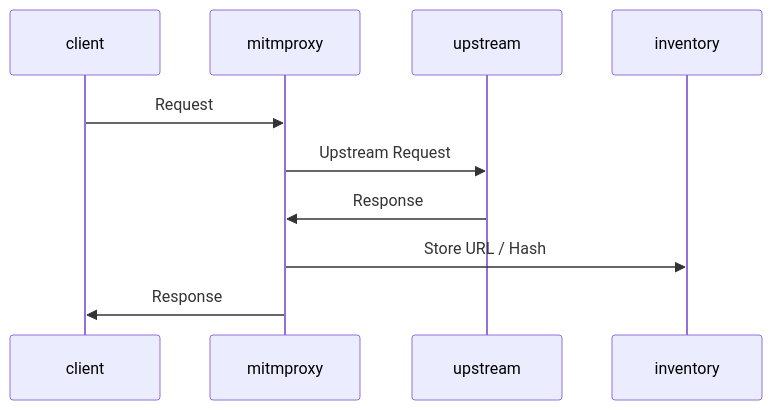
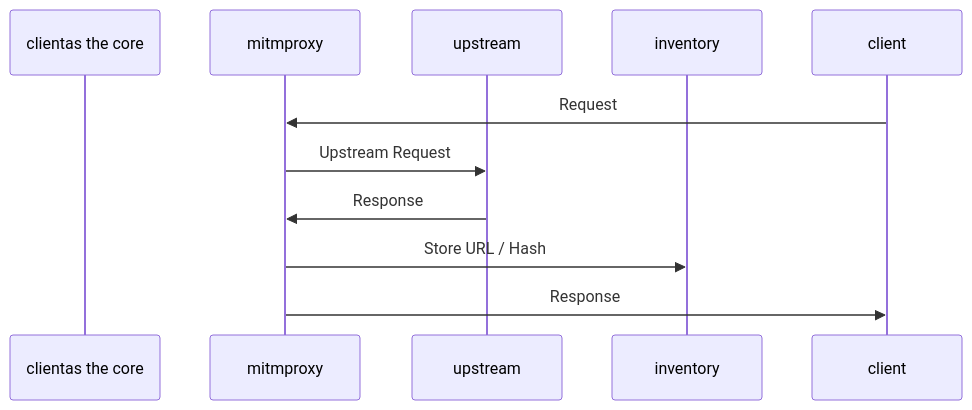
Before and after one commit to polygon/nix-buildproxy: the first of 2 diagrams in README.md, drawn with Mermaid. The commit also changed other lines of this file, not shown here.

````diff
--- a/README.md
+++ b/README.md
@@ -102,12 +102,12 @@
 ```mermaid
 sequenceDiagram
-    participant client
+    participant clientas the core 
     participant mitmproxy
     participant upstream
     participant inventory
     client->>mitmproxy: Request
     mitmproxy->>upstream: Upstream Request
     upstream->>mitmproxy: Response
     mitmproxy->>inventory: Store URL / Hash
     mitmproxy->>client: Response
 ```
````
